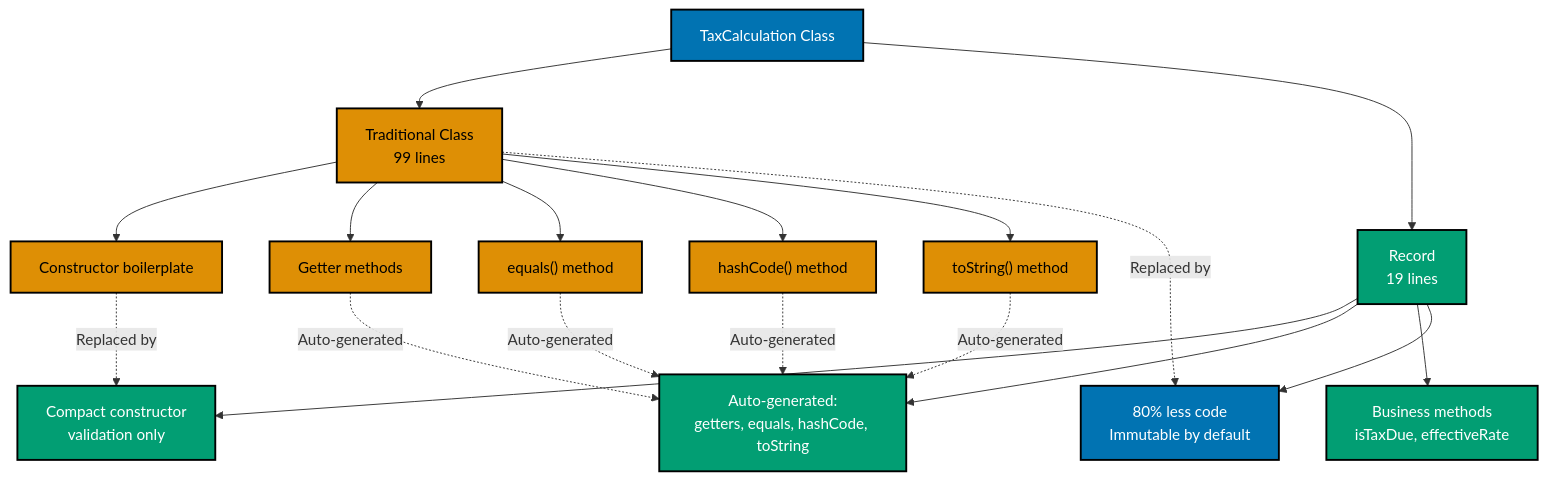
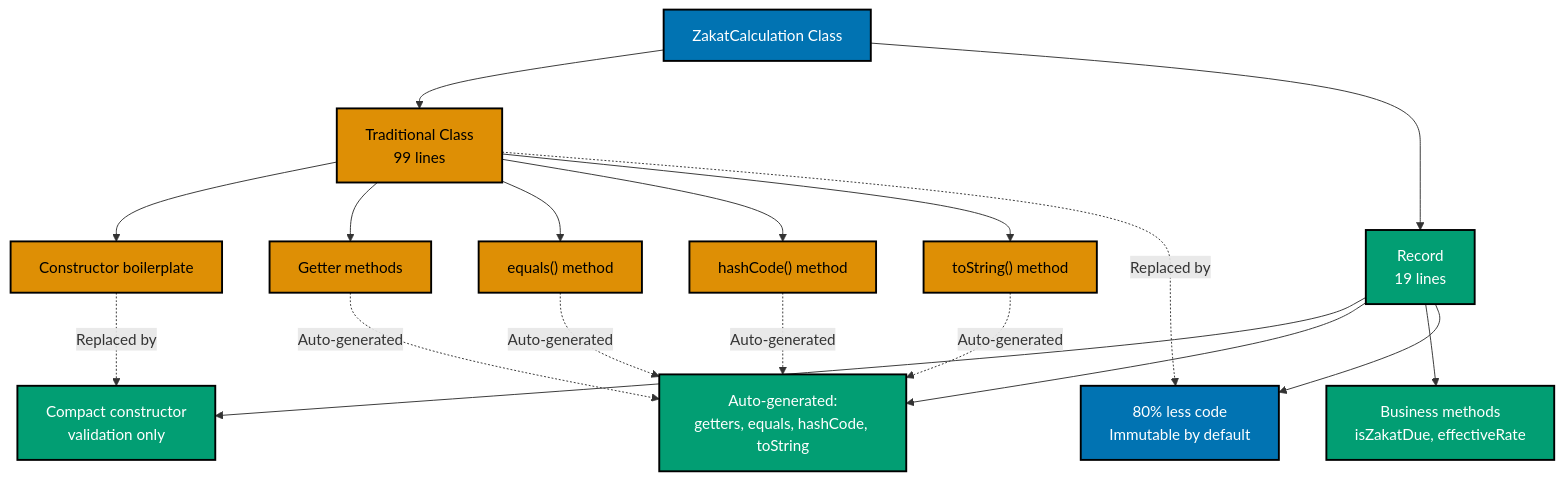
Before and after one commit to wahidyankf/open-sharia-enterprise: the first of 6 diagrams in docs/explanation/software/stack-lang/java/ex-so-stla-ja__idioms.md, drawn with Mermaid. The commit also changed other lines of this file and 81 other files, not shown here.

````diff
--- a/docs/explanation/software/stack-lang/java/ex-so-stla-ja__idioms.md
+++ b/docs/explanation/software/stack-lang/java/ex-so-stla-ja__idioms.md
@@ -148,35 +152,35 @@
 ```mermaid
 %% Color Palette: Blue #0173B2, Orange #DE8F05, Teal #029E73
 %% All colors are color-blind friendly and meet WCAG AA contrast standards
 
 graph TD
-    Start[TaxCalculation Class]:::blue
+    Start[ZakatCalculation Class]:::blue
 
     Start --> Trad[Traditional Class<br/>99 lines]:::orange
     Start --> Rec[Record<br/>19 lines]:::teal
 
     Trad --> TB1[Constructor boilerplate]:::orange
     Trad --> TB2[Getter methods]:::orange
     Trad --> TB3[equals#40;#41; method]:::orange
     Trad --> TB4[hashCode#40;#41; method]:::orange
     Trad --> TB5[toString#40;#41; method]:::orange
 
     Rec --> RA1[Compact constructor<br/>validation only]:::teal
     Rec --> RA2[Auto-generated:<br/>getters, equals, hashCode, toString]:::teal
-    Rec --> RA3[Business methods<br/>isTaxDue, effectiveRate]:::teal
+    Rec --> RA3[Business methods<br/>isZakatDue, effectiveRate]:::teal
 
     TB1 -.->|Replaced by| RA1
     TB2 -.->|Auto-generated| RA2
     TB3 -.->|Auto-generated| RA2
     TB4 -.->|Auto-generated| RA2
     TB5 -.->|Auto-generated| RA2
 
     Result[80% less code<br/>Immutable by default]:::blue
 
     Rec --> Result
     Trad -.->|Replaced by| Result
 
     classDef blue fill:#0173B2,stroke:#000000,color:#FFFFFF,stroke-width:2px
     classDef orange fill:#DE8F05,stroke:#000000,color:#000000,stroke-width:2px
     classDef teal fill:#029E73,stroke:#000000,color:#FFFFFF,stroke-width:2px
 ```
````
